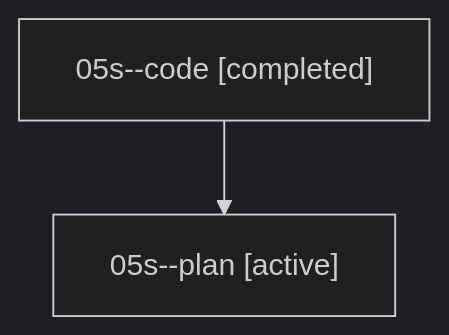
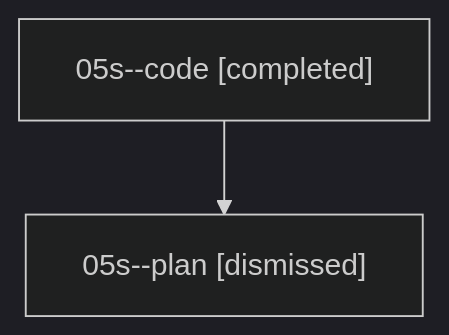
The diagram in sessions/bbugyi200.athena.05s.md (sase-org/sase--agents), drawn with Mermaid (dark theme) before and after one commit. The commit also changed other lines of this file and 31 other files, not shown here.

````diff
--- a/sessions/bbugyi200.athena.05s.md
+++ b/sessions/bbugyi200.athena.05s.md
@@ -9,6 +9,6 @@
 ```mermaid
 flowchart TD
   n0["05s--code [completed]"]
-  n1["05s--plan [active]"]
+  n1["05s--plan [dismissed]"]
   n0 --> n1
 ```
````
